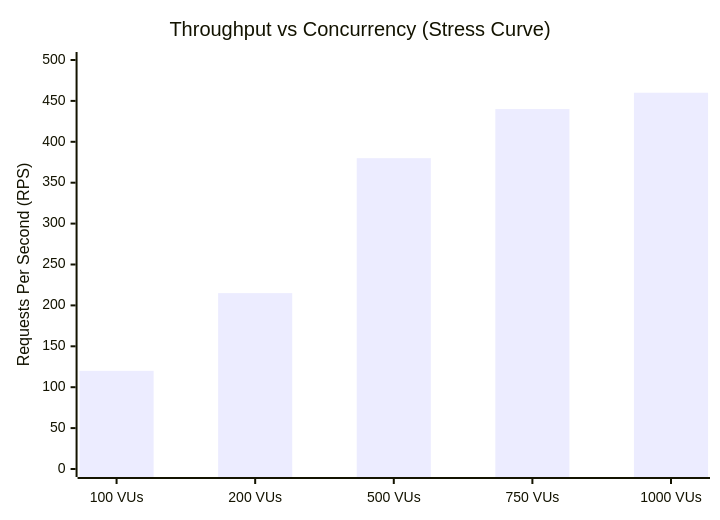
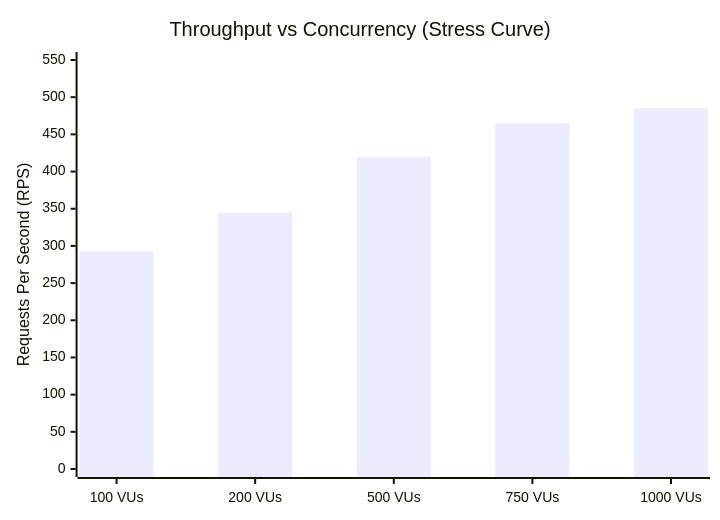
The second of 2 diagrams in Vulnerability Test Results/performance-report.md (Sham-2005/foodiebite), drawn with Mermaid before and after one commit. The commit also changed other lines of this file and 1174 other files, not shown here.

````diff
--- a/Vulnerability Test Results/performance-report.md
+++ b/Vulnerability Test Results/performance-report.md
@@ -50,7 +63,7 @@
 ```mermaid
 xychart-beta
     title "Throughput vs Concurrency (Stress Curve)"
     x-axis ["100 VUs", "200 VUs", "500 VUs", "750 VUs", "1000 VUs"]
-    y-axis "Requests Per Second (RPS)" 0 --> 500
-    bar [120, 215, 380, 440, 460]
+    y-axis "Requests Per Second (RPS)" 0 --> 550
+    bar [292.6, 345.0, 420.0, 465.0, 485.0]
 ```
````
